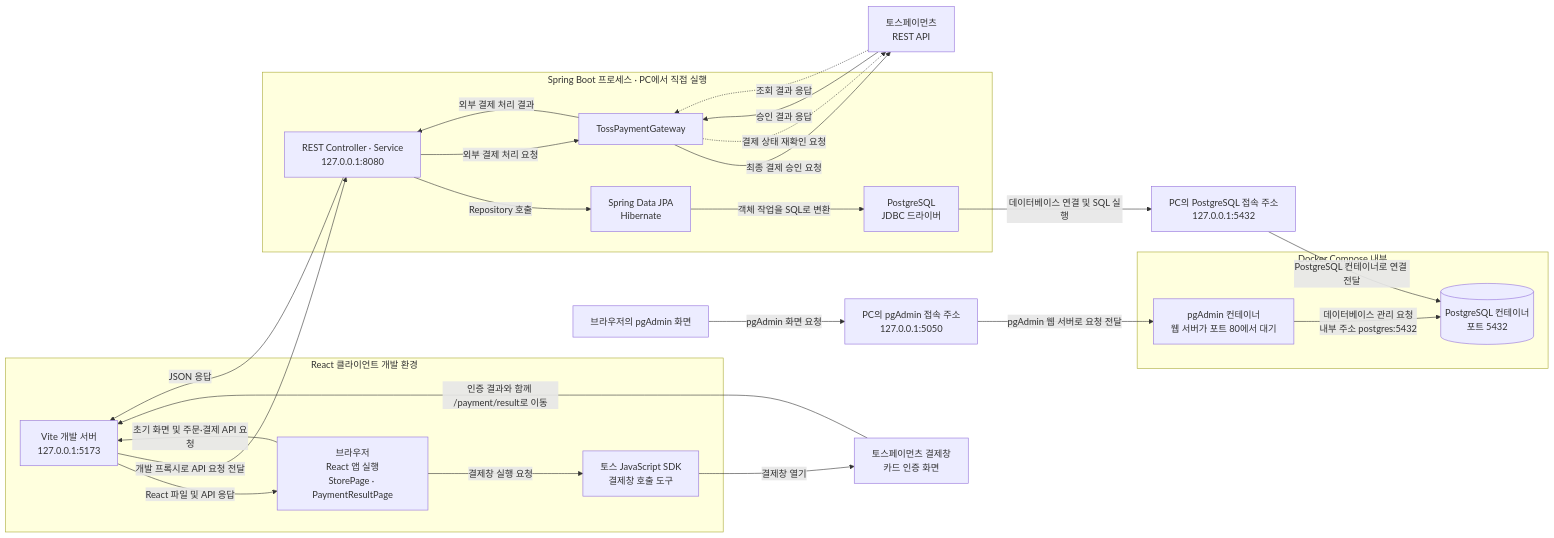
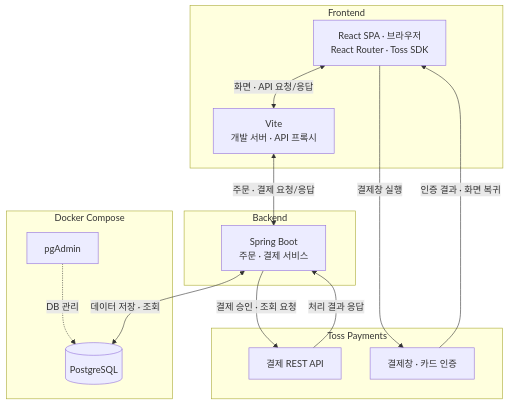
One commit to lee-gimoon/payment-service changed the diagram in README.md. Above: the diagram before and after it, drawn with Mermaid. The commit also changed other lines of this file, not shown here.

Commit message:
docs: simplify README architecture diagram

````diff
--- a/README.md
+++ b/README.md
@@ -35,53 +35,31 @@
 ```mermaid
-flowchart LR
-    subgraph Client["React 클라이언트 개발 환경"]
-        Vite["Vite 개발 서버<br/>127.0.0.1:5173"]
-        Browser["브라우저<br/>React 앱 실행<br/>StorePage · PaymentResultPage"]
-        TossSdk["토스 JavaScript SDK<br/>결제창 호출 도구"]
-
-        Browser -->|"초기 화면 및 주문·결제 API 요청"| Vite
-        Vite -->|"React 파일 및 API 응답"| Browser
-        Browser -->|"결제창 실행 요청"| TossSdk
+flowchart TB
+    subgraph Frontend["Frontend"]
+        Browser["React SPA · 브라우저<br/>React Router · Toss SDK"]
+        Vite["Vite<br/>개발 서버 · API 프록시"]
     end
 
-    subgraph App["Spring Boot 프로세스 · PC에서 직접 실행"]
-        Web["REST Controller · Service<br/>127.0.0.1:8080"]
-        Jpa["Spring Data JPA<br/>Hibernate"]
-        Jdbc["PostgreSQL<br/>JDBC 드라이버"]
-        Gateway["TossPaymentGateway"]
-
-        Web -->|"Repository 호출"| Jpa
-        Jpa -->|"객체 작업을 SQL로 변환"| Jdbc
-        Web -->|"외부 결제 처리 요청"| Gateway
-        Gateway -->|"외부 결제 처리 결과"| Web
+    subgraph Backend["Backend"]
+        API["Spring Boot<br/>주문 · 결제 서비스"]
     end
 
-    DbHost["PC의 PostgreSQL 접속 주소<br/>127.0.0.1:5432"]
-    AdminHost["PC의 pgAdmin 접속 주소<br/>127.0.0.1:5050"]
-
-    subgraph Docker["Docker Compose 내부"]
-        Admin["pgAdmin 컨테이너<br/>웹 서버가 포트 80에서 대기"]
-        DB[("PostgreSQL 컨테이너<br/>포트 5432")]
+    subgraph Infrastructure["Docker Compose"]
+        DB[("PostgreSQL")]
+        Admin["pgAdmin"]
     end
 
-    TossCheckout["토스페이먼츠 결제창<br/>카드 인증 화면"]
-    TossApi["토스페이먼츠<br/>REST API"]
+    subgraph External["Toss Payments"]
+        Checkout["결제창 · 카드 인증"]
+        PaymentAPI["결제 REST API"]
+    end
 
-    Vite -->|"개발 프록시로 API 요청 전달"| Web
-    Web -->|"JSON 응답"| Vite
+    Browser <-->|"화면 · API 요청/응답"| Vite
+    Vite <-->|"주문 · 결제 요청/응답"| API
+    API <-->|"데이터 저장 · 조회"| DB
+    Admin -.->|"DB 관리"| DB
 
-    Jdbc -->|"데이터베이스 연결 및 SQL 실행"| DbHost
-    DbHost -->|"PostgreSQL 컨테이너로 연결 전달"| DB
-
-    TossSdk -->|"결제창 열기"| TossCheckout
-    TossCheckout -->|"인증 결과와 함께 /payment/result로 이동"| Vite
-    Gateway -->|"최종 결제 승인 요청"| TossApi
-    TossApi -->|"승인 결과 응답"| Gateway
-
-    Gateway -.->|"결제 상태 재확인 요청"| TossApi
-    TossApi -.->|"조회 결과 응답"| Gateway
-
-    UserBrowser["브라우저의 pgAdmin 화면"] -->|"pgAdmin 화면 요청"| AdminHost
-    AdminHost -->|"pgAdmin 웹 서버로 요청 전달"| Admin
-    Admin -->|"데이터베이스 관리 요청<br/>내부 주소 postgres:5432"| DB
+    Browser -->|"결제창 실행"| Checkout
+    Checkout -->|"인증 결과 · 화면 복귀"| Browser
+    API -->|"결제 승인 · 조회 요청"| PaymentAPI
+    PaymentAPI -->|"처리 결과 응답"| API
 ```
````
